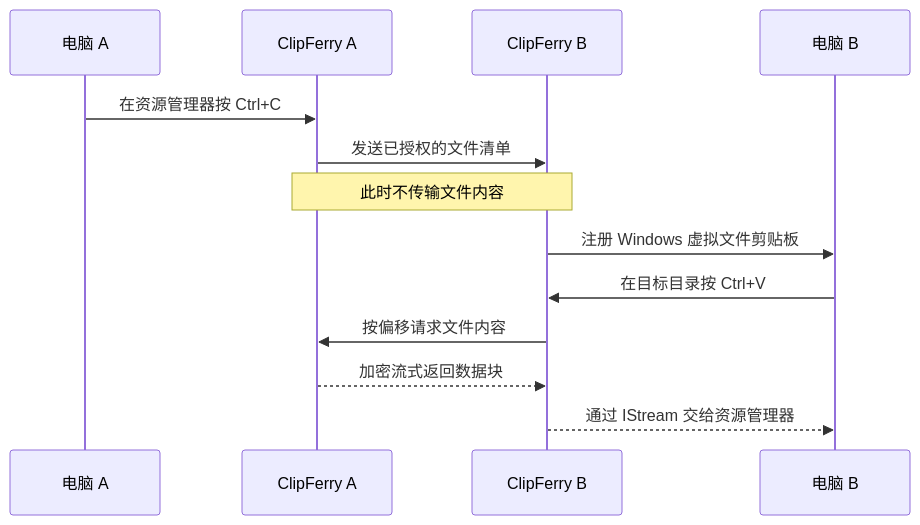
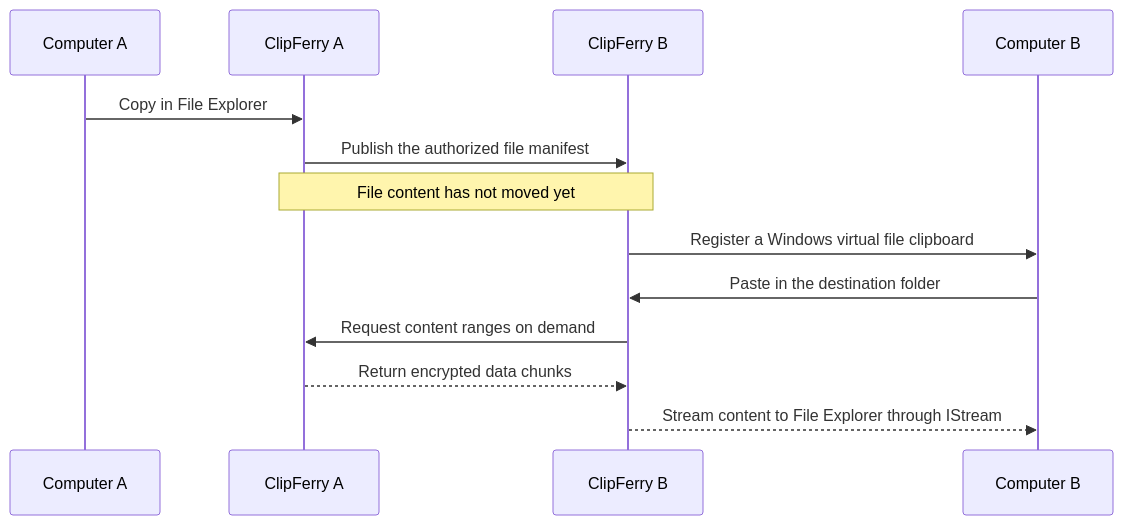
The diagram in README.md (micky-meecky/ClipFerry), drawn with Mermaid before and after one commit. The commit also changed other lines of this file and 3 other files, not shown here.

````diff
--- a/README.md
+++ b/README.md
@@ -40,16 +131,16 @@
 ```mermaid
 sequenceDiagram
-    participant A as 电脑 A
+    participant A as Computer A
     participant FA as ClipFerry A
     participant FB as ClipFerry B
-    participant B as 电脑 B
+    participant B as Computer B
 
-    A->>FA: 在资源管理器按 Ctrl+C
-    FA->>FB: 发送已授权的文件清单
-    Note over FA,FB: 此时不传输文件内容
-    FB->>B: 注册 Windows 虚拟文件剪贴板
-    B->>FB: 在目标目录按 Ctrl+V
-    FB->>FA: 按偏移请求文件内容
-    FA-->>FB: 加密流式返回数据块
-    FB-->>B: 通过 IStream 交给资源管理器
+    A->>FA: Copy in File Explorer
+    FA->>FB: Publish the authorized file manifest
+    Note over FA,FB: File content has not moved yet
+    FB->>B: Register a Windows virtual file clipboard
+    B->>FB: Paste in the destination folder
+    FB->>FA: Request content ranges on demand
+    FA-->>FB: Return encrypted data chunks
+    FB-->>B: Stream content to File Explorer through IStream
 ```
````
